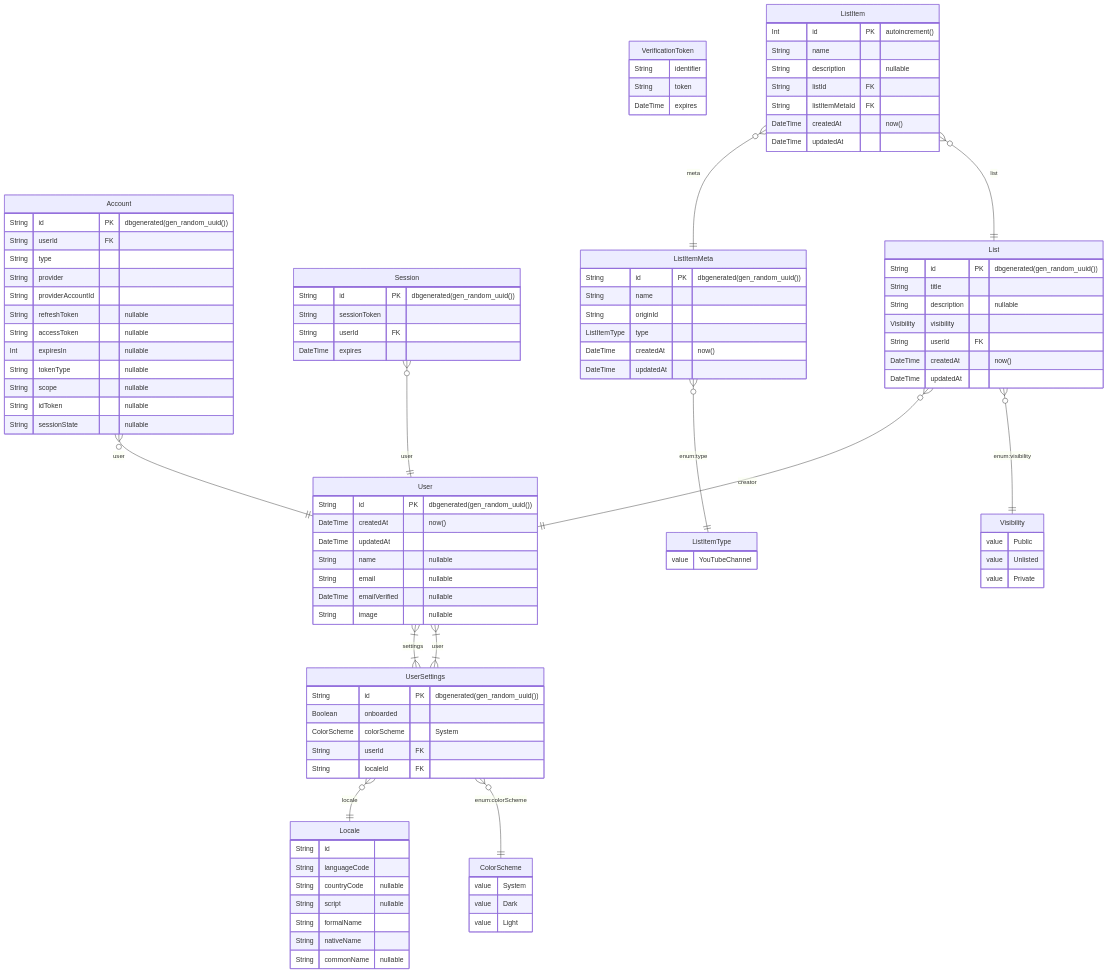
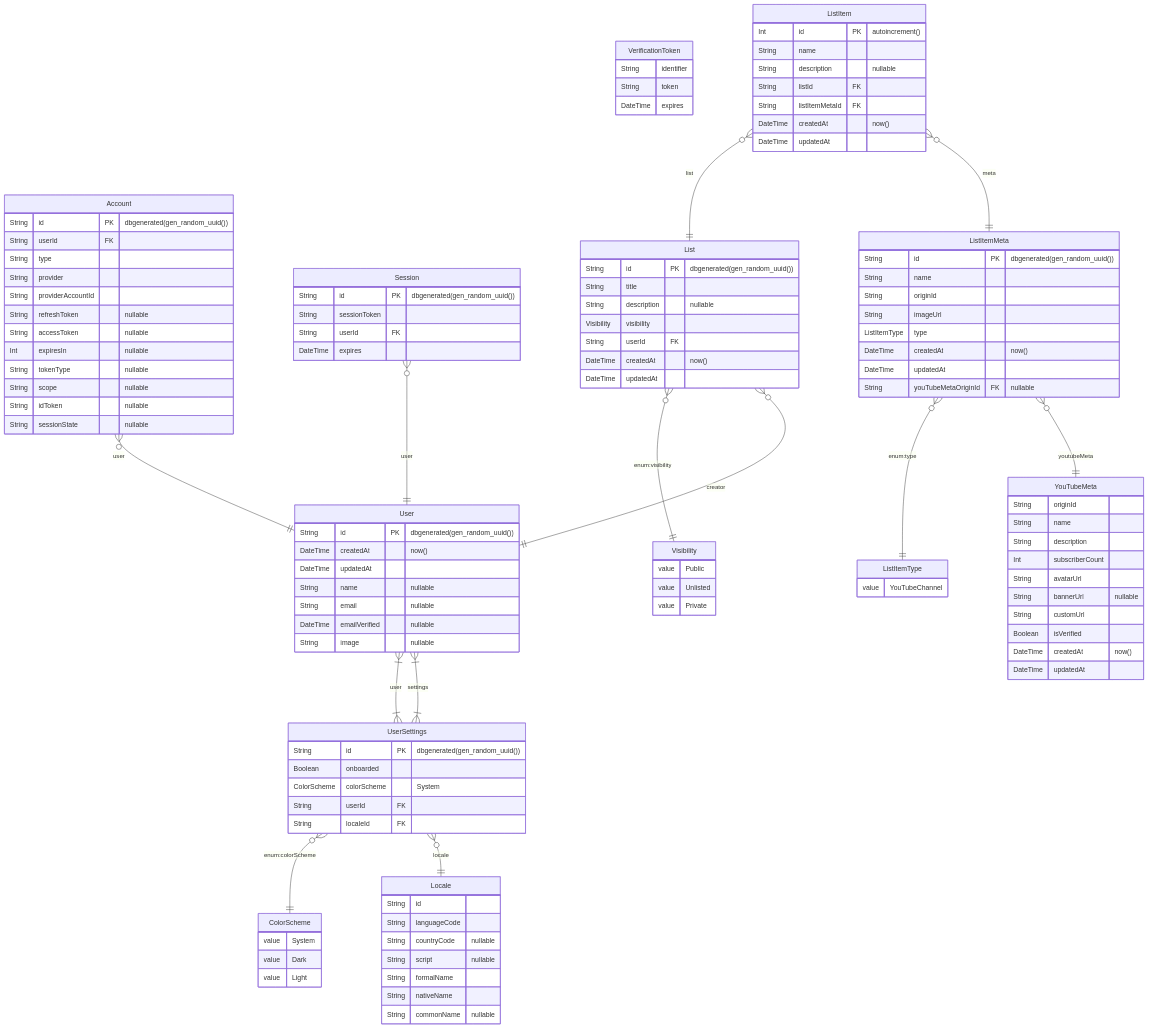
The diagram in prisma/ERD.md (CodingGarden/listd), drawn with Mermaid before and after one commit. The commit also changed 29 other files, not shown here.

````diff
--- a/prisma/ERD.md
+++ b/prisma/ERD.md
@@ -85,7 +85,21 @@
 		String id PK  "dbgenerated(gen_random_uuid())"
 		String name
 		String originId
+		String imageUrl
 		ListItemType type
+		DateTime createdAt  "now()"
+		DateTime updatedAt
+		String youTubeMetaOriginId FK  "nullable"
+	}
+	YouTubeMeta {
+		String originId
+		String name
+		String description
+		Int subscriberCount
+		String avatarUrl
+		String bannerUrl  "nullable"
+		String customUrl
+		Boolean isVerified
 		DateTime createdAt  "now()"
 		DateTime updatedAt
 	}
@@ -99,6 +113,7 @@
 	List }o--|| Visibility : "enum:visibility"
 	ListItem }o--|| ListItemMeta : meta
 	ListItem }o--|| List : list
+	ListItemMeta }o--|| YouTubeMeta : youtubeMeta
 	ListItemMeta }o--|| ListItemType : "enum:type"
 
 ```
````
